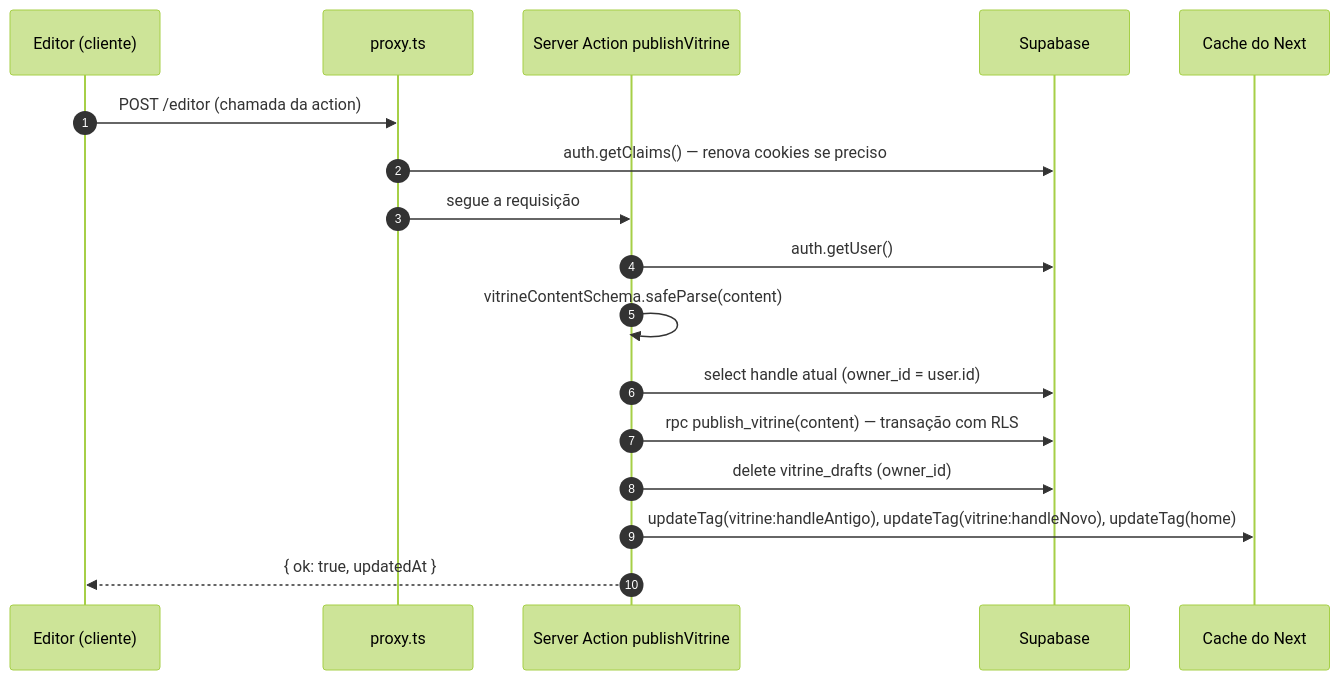
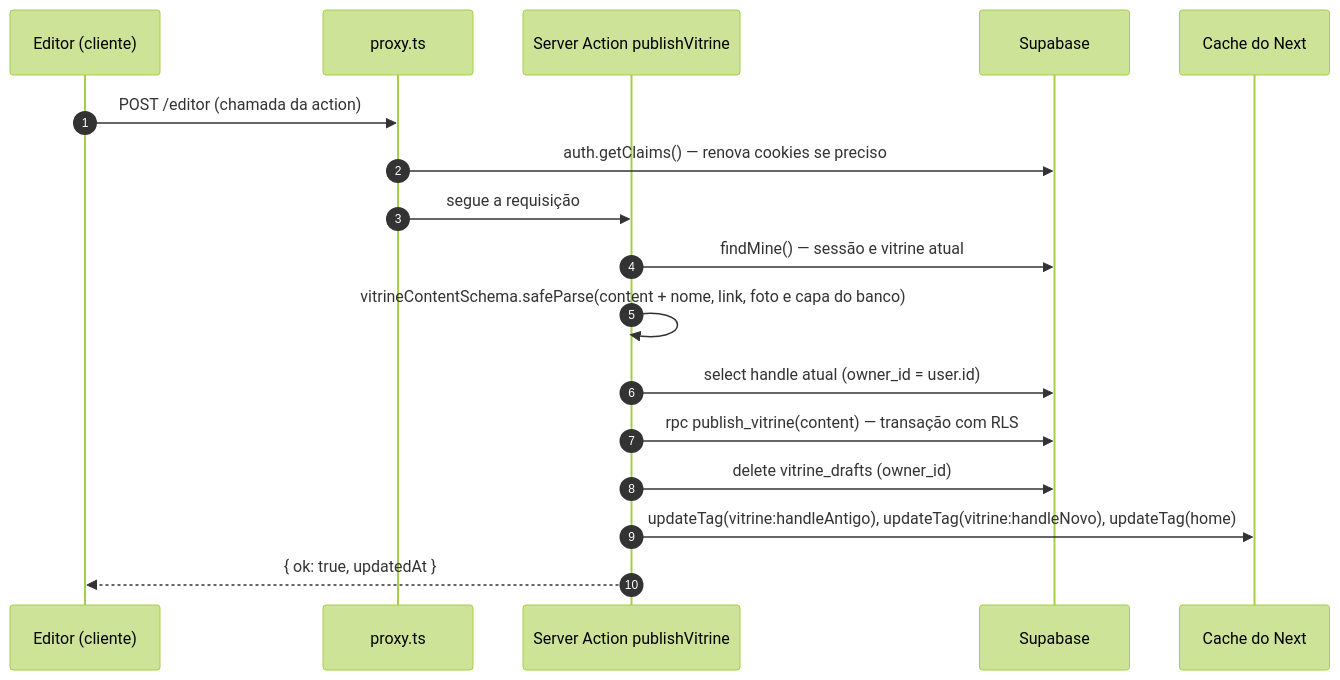
The fourth of 5 diagrams in docs/architecture.md (estevaons/myvitri), drawn with Mermaid (forest theme) before and after one commit. The commit also changed other lines of this file and 57 other files, not shown here.

````diff
--- a/docs/architecture.md
+++ b/docs/architecture.md
@@ -263,19 +267,19 @@
 ```mermaid
 sequenceDiagram
     autonumber
     participant E as Editor (cliente)
     participant P as proxy.ts
     participant A as Server Action publishVitrine
     participant S as Supabase
     participant C as Cache do Next
     E->>P: POST /editor (chamada da action)
     P->>S: auth.getClaims() — renova cookies se preciso
     P->>A: segue a requisição
-    A->>S: auth.getUser()
-    A->>A: vitrineContentSchema.safeParse(content)
+    A->>S: findMine() — sessão e vitrine atual
+    A->>A: vitrineContentSchema.safeParse(content + nome, link, foto e capa do banco)
     A->>S: select handle atual (owner_id = user.id)
     A->>S: rpc publish_vitrine(content) — transação com RLS
     A->>S: delete vitrine_drafts (owner_id)
     A->>C: updateTag(vitrine:handleAntigo), updateTag(vitrine:handleNovo), updateTag(home)
     A-->>E: { ok: true, updatedAt }
 ```
````
